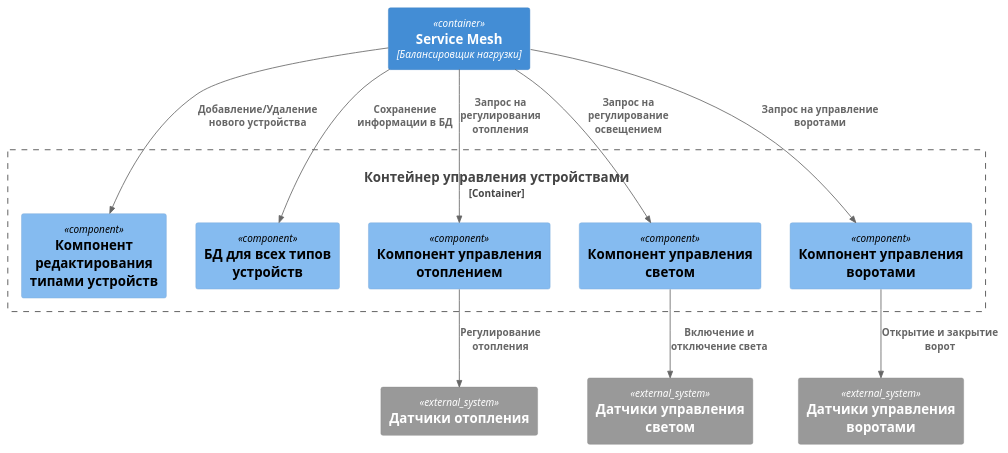
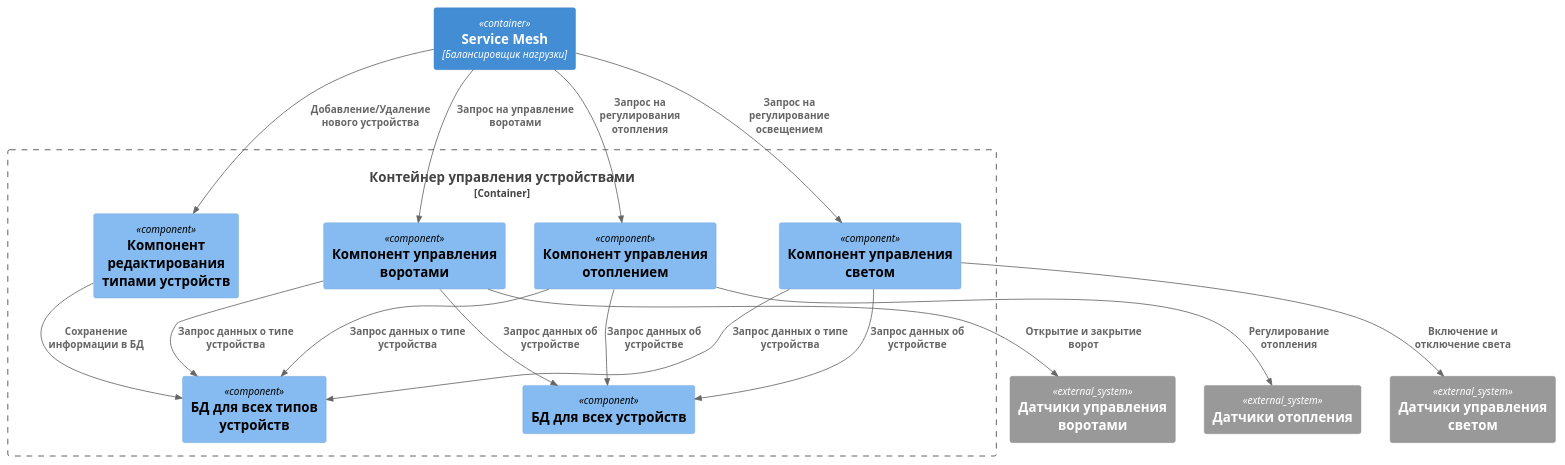
Before and after one commit to BlackDEK/architecture-sprint-3: the diagram in docs/component_device_manager_to_be.plantuml, drawn with PlantUML.

Commit message:
- Дополнил диаграмму device_manager для 2 задания.

```diff
--- a/docs/component_device_manager_to_be.plantuml
+++ b/docs/component_device_manager_to_be.plantuml
@@ -1,25 +1,34 @@
 @startuml
 !include <C4/C4_Component>
 
 Container_Boundary(device_manager, "Контейнер управления устройствами", "") {
     Component(device_manager_component, "Компонент редактирования типами устройств")
     Component(device_type_db, "БД для всех типов устройств")
+    Component(device_db, "БД для всех устройств")
     Component(heat_component, "Компонент управления отоплением")
     Component(light_component, "Компонент управления светом")
     Component(gate_component, "Компонент управления воротами")
 }
 Container(service_mesh, "Service Mesh", "Балансировщик нагрузки")
 System_Ext(sensor2, "Датчики отопления")
 System_Ext(sensor3, "Датчики управления светом")
 System_Ext(sensor4, "Датчики управления воротами")
 
 Rel(service_mesh, device_manager_component, "Добавление/Удаление нового устройства")
 Rel(service_mesh, heat_component, "Запрос на регулирования отопления")
 Rel(service_mesh, light_component, "Запрос на регулирование освещением")
 Rel(service_mesh, gate_component, "Запрос на управление воротами")
-Rel(service_mesh, device_type_db, "Сохранение информации в БД")
+Rel(device_manager_component, device_type_db, "Сохранение информации в БД")
 Rel(heat_component, sensor2, "Регулирование отопления")
 Rel(light_component, sensor3, "Включение и отключение света")
 Rel(gate_component, sensor4, "Открытие и закрытие ворот")
 
+Rel(heat_component, device_type_db, "Запрос данных о типе устройства")
+Rel(light_component, device_type_db, "Запрос данных о типе устройства")
+Rel(gate_component, device_type_db, "Запрос данных о типе устройства")
+
+Rel(heat_component, device_db, "Запрос данных об устройстве")
+Rel(light_component, device_db, "Запрос данных об устройстве")
+Rel(gate_component, device_db, "Запрос данных об устройстве")
+
 @enduml
```
